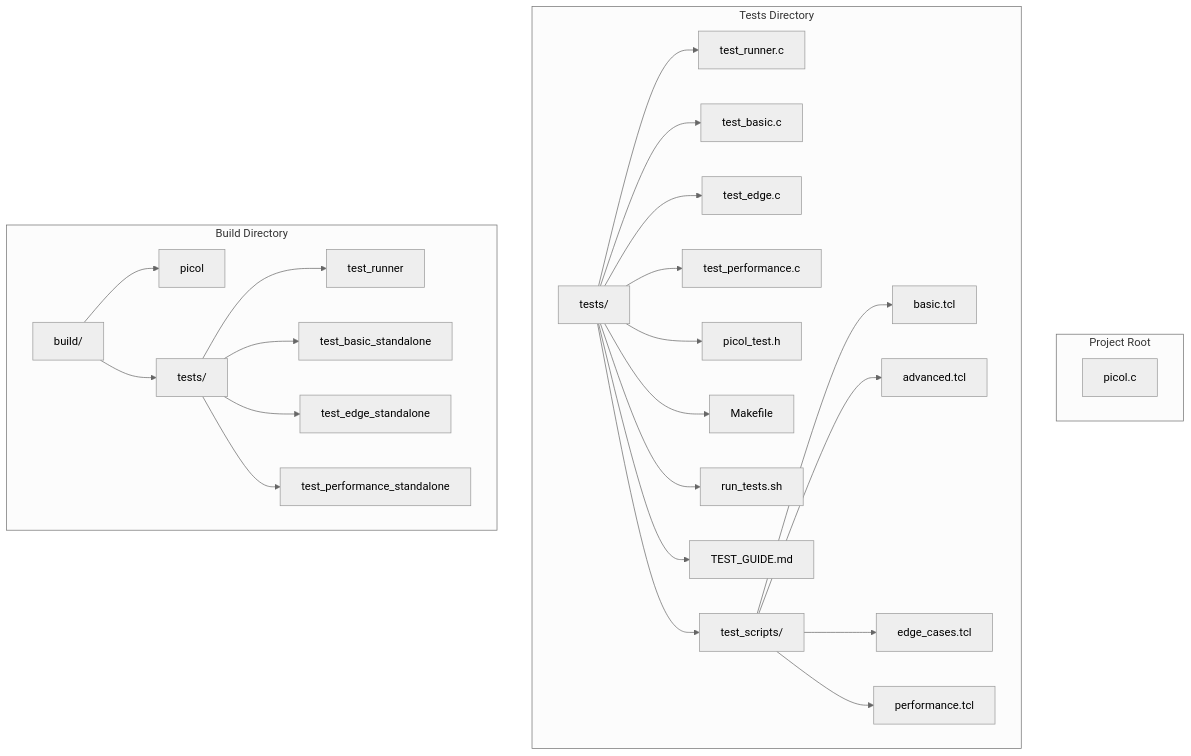
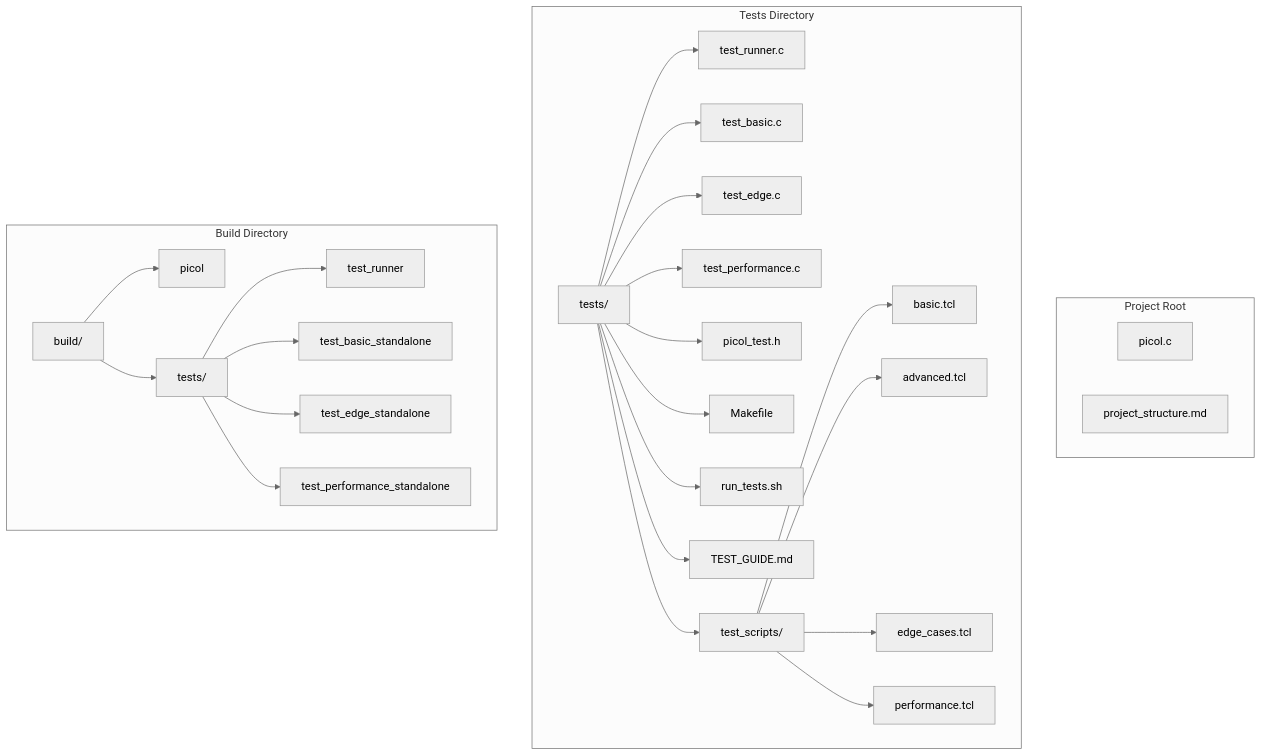
One commit to zjb1001/picol changed the seventh of 7 diagrams in docs/project_structure.md. Above: the diagram before and after it, drawn with Mermaid (neutral theme). The commit also changed other lines of this file and 9 other files, not shown here.

````diff
--- a/docs/project_structure.md
+++ b/docs/project_structure.md
@@ -166,33 +189,34 @@
-```mermaid
+<div class="mermaid">
 flowchart TD
     subgraph "Project Root"
         picol_c[picol.c]
+        project_structure[project_structure.md]
     end
     
     subgraph "Tests Directory"
         test_dir[tests/]
         test_dir --> test_runner[test_runner.c]
         test_dir --> test_basic[test_basic.c]
         test_dir --> test_edge[test_edge.c]
         test_dir --> test_performance[test_performance.c]
         test_dir --> picol_test_h[picol_test.h]
         test_dir --> makefile[Makefile]
         test_dir --> run_tests[run_tests.sh]
         test_dir --> test_guide[TEST_GUIDE.md]
         test_dir --> test_scripts[test_scripts/]
         test_scripts --> basic_tcl[basic.tcl]
         test_scripts --> advanced_tcl[advanced.tcl]
         test_scripts --> edge_cases_tcl[edge_cases.tcl]
         test_scripts --> performance_tcl[performance.tcl]
     end
     
     subgraph "Build Directory"
         build_dir[build/]
         build_dir --> build_picol[picol]
         build_dir --> test_build[tests/]
         test_build --> test_runner_bin[test_runner]
         test_build --> test_basic_bin[test_basic_standalone]
         test_build --> test_edge_bin[test_edge_standalone]
         test_build --> test_performance_bin[test_performance_standalone]
     end
-```
+</div>
````
